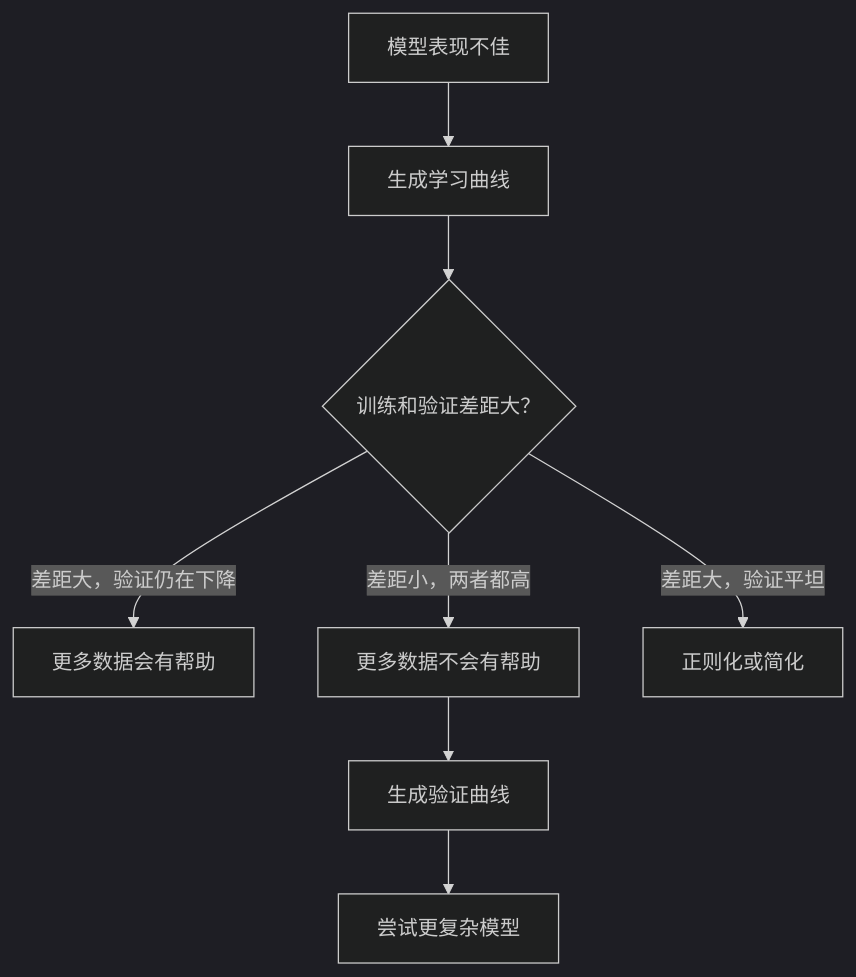
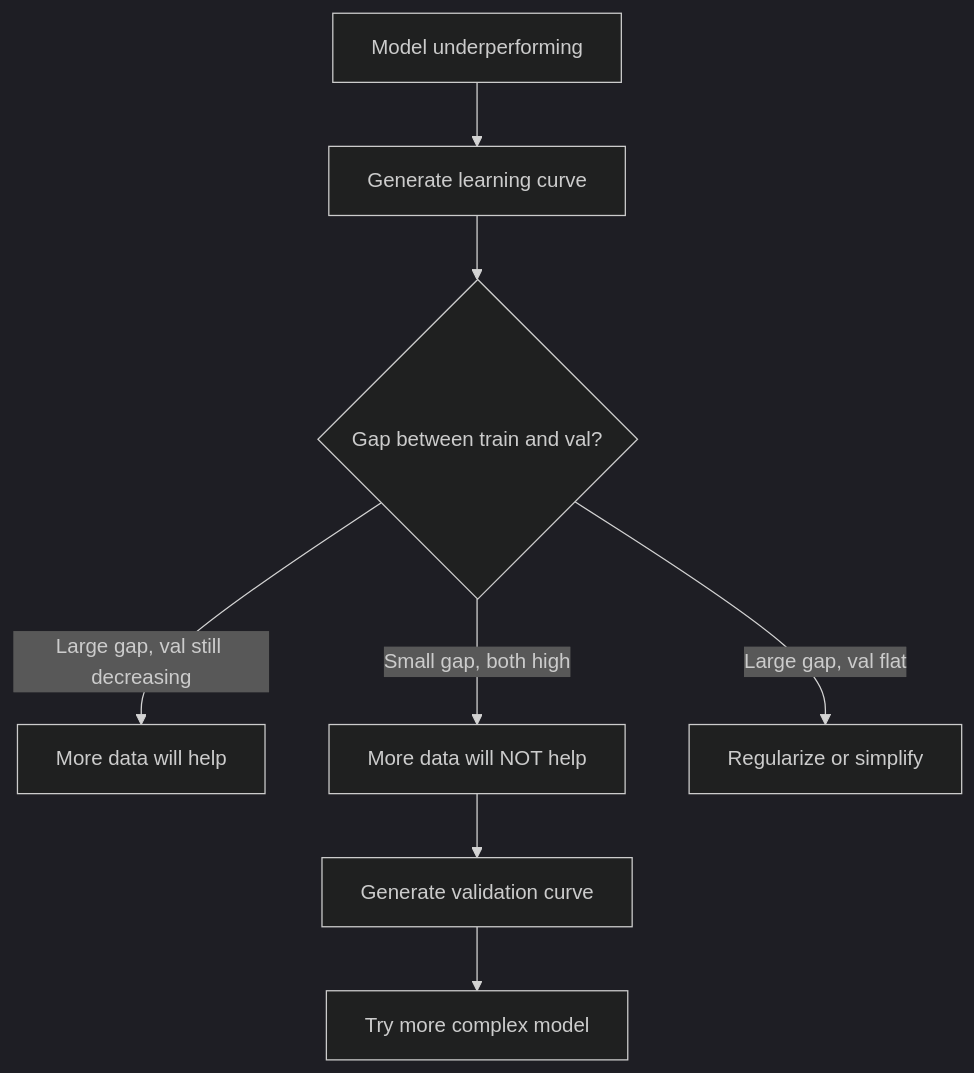
One commit to xiaojiaenen/ai-engineering-from-scratch-zh changed the fifth of 5 diagrams in i18n/zh/phases/02-ml-fundamentals/10-bias-variance/docs/zh.md. Above: the diagram before and after it, drawn with Mermaid (dark theme). The commit also changed other lines of this file and 18 other files, not shown here.

````diff
--- a/i18n/zh/phases/02-ml-fundamentals/10-bias-variance/docs/zh.md
+++ b/i18n/zh/phases/02-ml-fundamentals/10-bias-variance/docs/zh.md
@@ -246,10 +246,10 @@
 ```mermaid
 flowchart TD
-    A[模型表现不佳] --> B[生成学习曲线]
-    B --> C{训练和验证差距大？}
-    C -->|差距大，验证仍在下降| D[更多数据会有帮助]
-    C -->|差距小，两者都高| E[更多数据不会有帮助]
-    C -->|差距大，验证平坦| F[正则化或简化]
-    E --> G[生成验证曲线]
-    G --> H[尝试更复杂模型]
+    A[Model underperforming] --> B[Generate learning curve]
+    B --> C{Gap between train and val?}
+    C -->|Large gap, val still decreasing| D[More data will help]
+    C -->|Small gap, both high| E[More data will NOT help]
+    C -->|Large gap, val flat| F[Regularize or simplify]
+    E --> G[Generate validation curve]
+    G --> H[Try more complex model]
 ```
````
